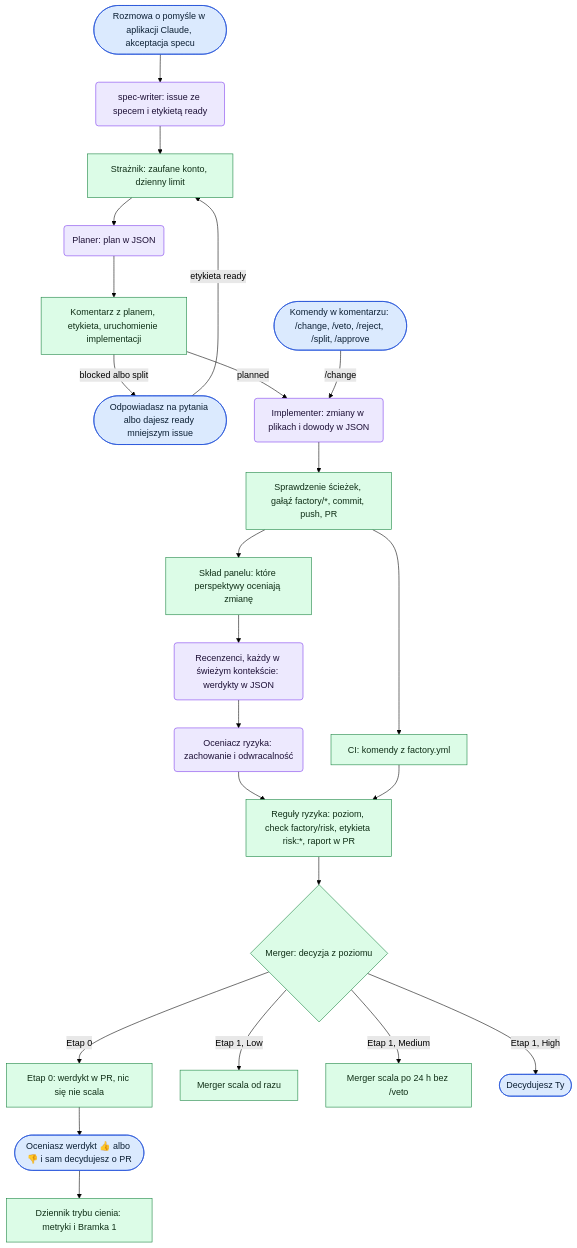
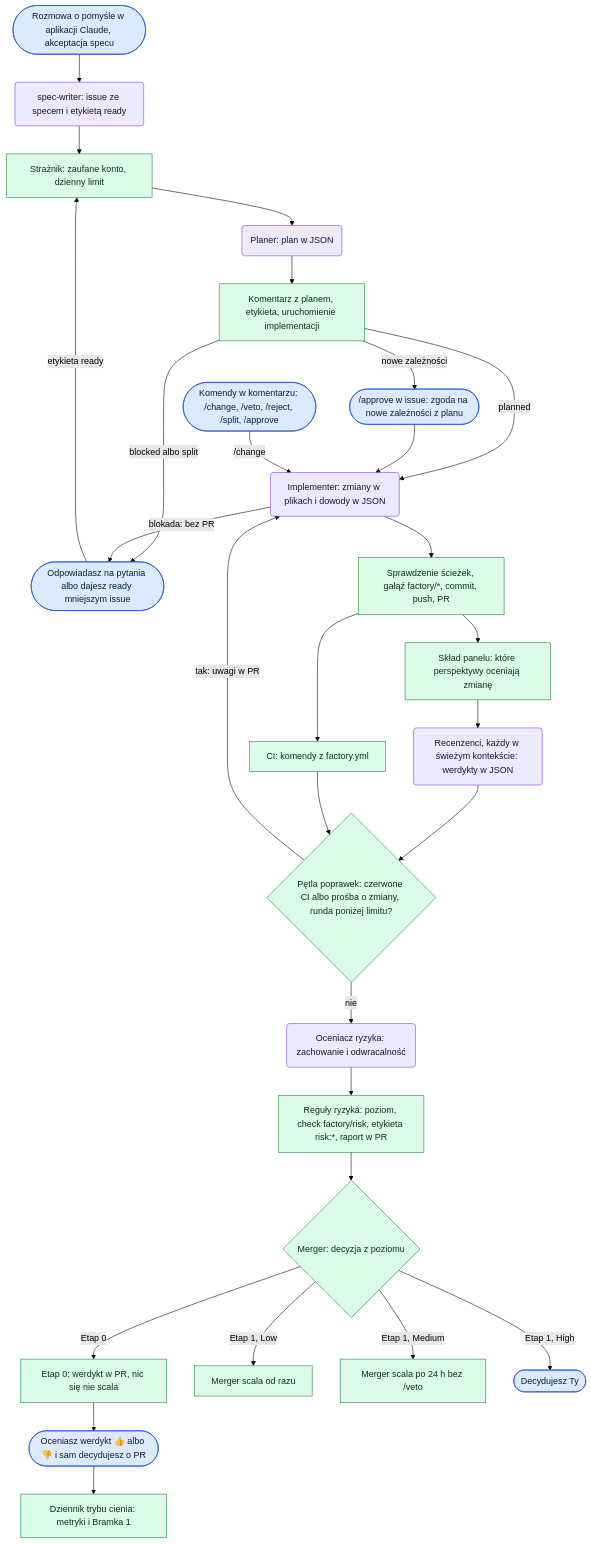
One commit to gibkigonzo/factory changed the diagram in README.md. Above: the diagram before and after it, drawn with Mermaid (forest theme). The commit also changed other lines of this file and 24 other files, not shown here.

First line of the commit message:
Pętla poprawek, blokady implementera i zależności z planu

````diff
--- a/README.md
+++ b/README.md
@@ -23,42 +23,48 @@
 ```mermaid
 flowchart TD
   H1(["Rozmowa o pomyśle w aplikacji Claude, akceptacja specu"]):::human
   A1("spec-writer: issue ze specem i etykietą ready"):::agent
   S1["Strażnik: zaufane konto, dzienny limit"]:::script
   A2("Planer: plan w JSON"):::agent
   S2["Komentarz z planem, etykieta, uruchomienie implementacji"]:::script
   H2(["Odpowiadasz na pytania albo dajesz ready mniejszym issue"]):::human
   A3("Implementer: zmiany w plikach i dowody w JSON"):::agent
   S3["Sprawdzenie ścieżek, gałąź factory/*, commit, push, PR"]:::script
   S4["CI: komendy z factory.yml"]:::script
   S5["Skład panelu: które perspektywy oceniają zmianę"]:::script
   A4("Recenzenci, każdy w świeżym kontekście: werdykty w JSON"):::agent
   A5("Oceniacz ryzyka: zachowanie i odwracalność"):::agent
   S6["Reguły ryzyka: poziom, check factory/risk, etykieta risk:*, raport w PR"]:::script
   D{"Merger: decyzja z poziomu"}:::script
   S7["Etap 0: werdykt w PR, nic się nie scala"]:::script
   H3(["Oceniasz werdykt 👍 albo 👎 i sam decydujesz o PR"]):::human
   S8["Dziennik trybu cienia: metryki i Bramka 1"]:::script
   M1["Merger scala od razu"]:::script
   M2["Merger scala po 24 h bez /veto"]:::script
   H4(["Decydujesz Ty"]):::human
   H5(["Komendy w komentarzu: /change, /veto, /reject, /split, /approve"]):::human
+  H6(["/approve w issue: zgoda na nowe zależności z planu"]):::human
+  L{"Pętla poprawek: czerwone CI albo prośba o zmiany, runda poniżej limitu?"}:::script
 
   H1 --> A1 --> S1 --> A2 --> S2
   S2 -->|"blocked albo split"| H2
   H2 -->|"etykieta ready"| S1
   S2 -->|"planned"| A3 --> S3
+  S2 -->|"nowe zależności"| H6 --> A3
+  A3 -->|"blokada: bez PR"| H2
   S3 --> S4 & S5
-  S5 --> A4 --> A5 --> S6
-  S4 --> S6
+  S5 --> A4 --> L
+  S4 --> L
+  L -->|"tak: uwagi w PR"| A3
+  L -->|"nie"| A5 --> S6
   S6 --> D
   D -->|"Etap 0"| S7 --> H3 --> S8
   D -->|"Etap 1, Low"| M1
   D -->|"Etap 1, Medium"| M2
   D -->|"Etap 1, High"| H4
   H5 -->|"/change"| A3
 
   classDef human fill:#dbeafe,stroke:#1d4ed8,color:#0b1f33
   classDef agent fill:#ede9fe,stroke:#7c3aed,color:#1d1036
   classDef script fill:#dcfce7,stroke:#15803d,color:#0f2e16
 ```
````
